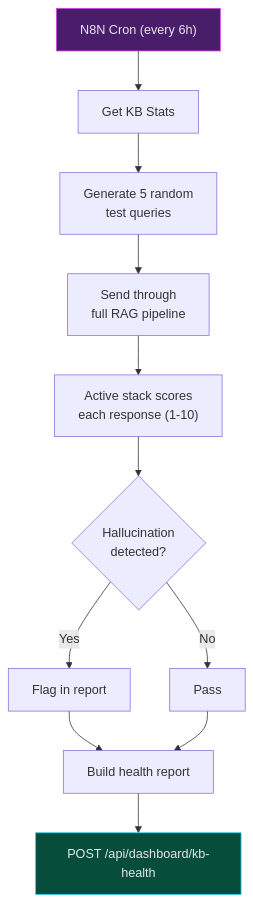
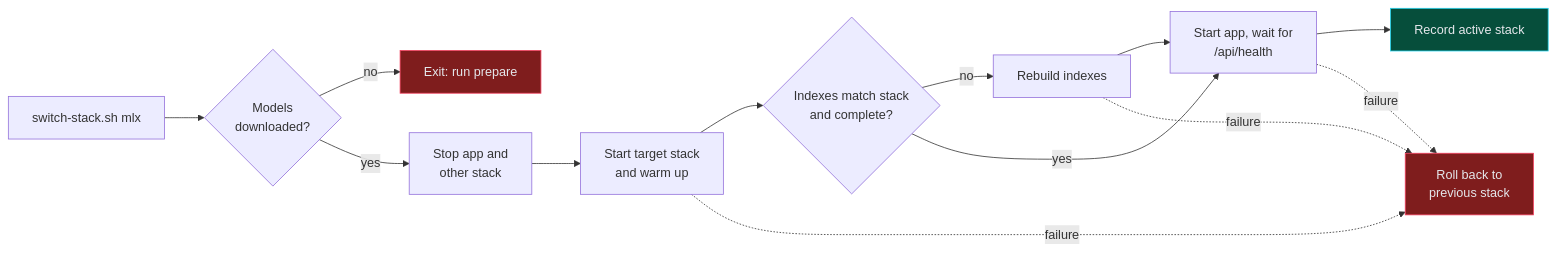
Before and after one commit to sebdallais-git/PharmaCyberLLM: the first of 3 diagrams in README.md, drawn with Mermaid. The commit also changed other lines of this file, not shown here.

Commit message:
docs: revamp README with stack switch, benchmarks and architecture

````diff
--- a/README.md
+++ b/README.md
@@ -295,15 +149,19 @@
 ```mermaid
-flowchart TD
-    A["N8N Cron (every 6h)"] --> B["Get KB Stats"]
-    B --> C["Generate 5 random\ntest queries"]
-    C --> D["Send through\nfull RAG pipeline"]
-    D --> E["Active stack scores\neach response (1-10)"]
-    E --> F{"Hallucination\ndetected?"}
-    F -->|Yes| G["Flag in report"]
-    F -->|No| H["Pass"]
-    G & H --> I["Build health report"]
-    I --> J["POST /api/dashboard/kb-health"]
+flowchart LR
+    A["switch-stack.sh mlx"] --> B{"Models<br/>downloaded?"}
+    B -- no --> X["Exit: run prepare"]
+    B -- yes --> C["Stop app and<br/>other stack"]
+    C --> D["Start target stack<br/>and warm up"]
+    D --> E{"Indexes match stack<br/>and complete?"}
+    E -- no --> F["Rebuild indexes"]
+    E -- yes --> G["Start app, wait for<br/>/api/health"]
+    F --> G
+    G --> H["Record active stack"]
+    D -. failure .-> R["Roll back to<br/>previous stack"]
+    F -. failure .-> R
+    G -. failure .-> R
 
-    style A fill:#4a1d6b,stroke:#d946ef,color:#e5e7eb
-    style J fill:#064e3b,stroke:#22d3ee,color:#e5e7eb
+    style H fill:#064e3b,stroke:#22d3ee,color:#e5e7eb
+    style R fill:#7f1d1d,stroke:#f43f5e,color:#e5e7eb
+    style X fill:#7f1d1d,stroke:#f43f5e,color:#e5e7eb
 ```
````
